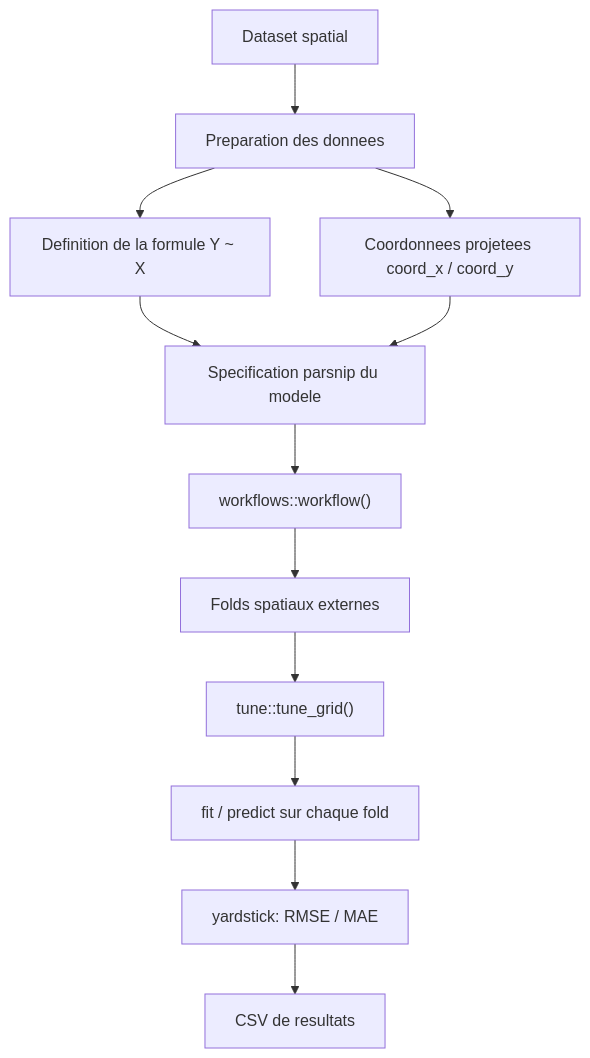
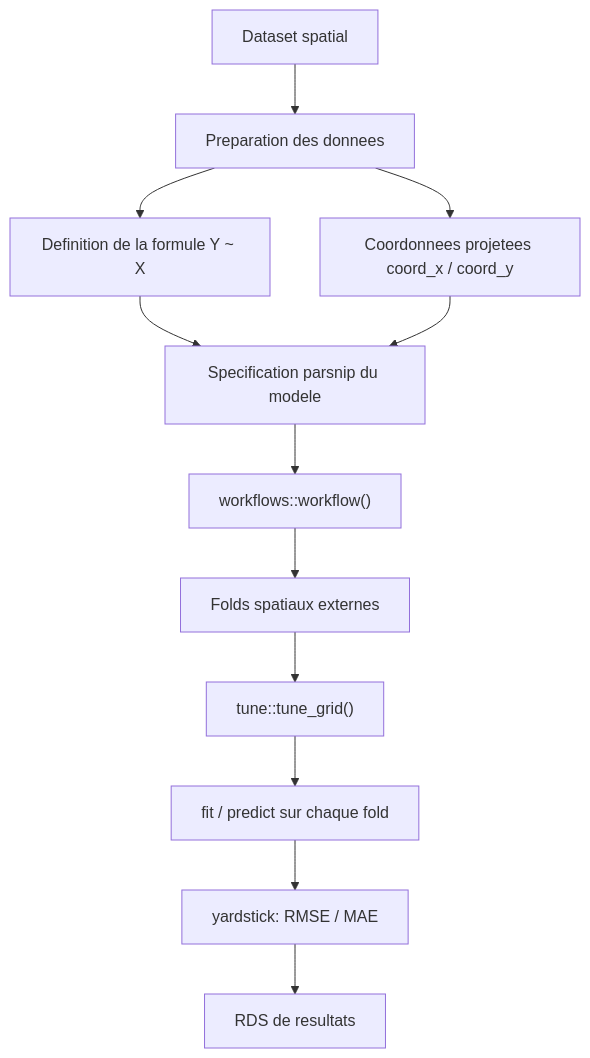
Before and after one commit to mrdol/llm-wiki-spatial-data-system: the diagram in wiki/metadata/tidymodels_spatial_pipeline_status_2026-07.md, drawn with Mermaid. The commit also changed other lines of this file and 80 other files, not shown here.

````diff
--- a/wiki/metadata/tidymodels_spatial_pipeline_status_2026-07.md
+++ b/wiki/metadata/tidymodels_spatial_pipeline_status_2026-07.md
@@ -40,14 +82,14 @@
 ```mermaid
 flowchart TD
     A["Dataset spatial"] --> B["Preparation des donnees"]
     B --> C["Definition de la formule Y ~ X"]
     B --> D["Coordonnees projetees coord_x / coord_y"]
     C --> E["Specification parsnip du modele"]
     D --> E
     E --> F["workflows::workflow()"]
     F --> G["Folds spatiaux externes"]
     G --> H["tune::tune_grid()"]
     H --> I["fit / predict sur chaque fold"]
     I --> J["yardstick: RMSE / MAE"]
-    J --> K["CSV de resultats"]
+    J --> K["RDS de resultats"]
 ```
````
